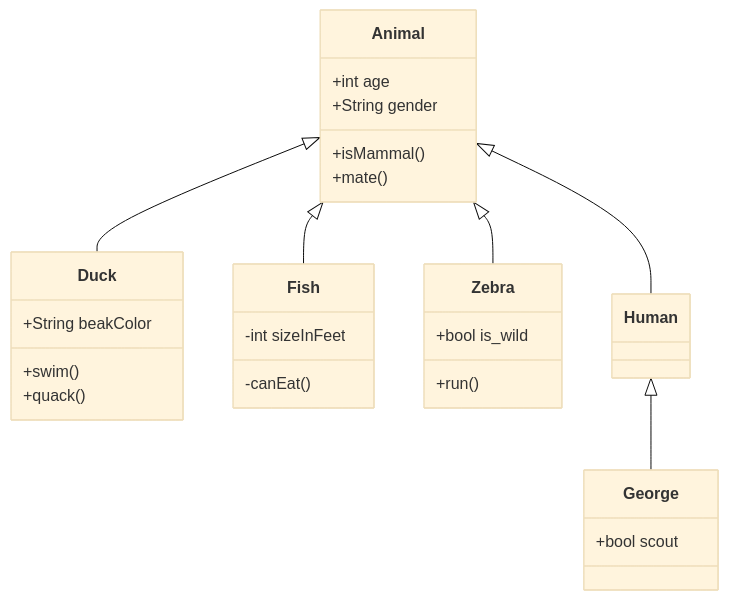
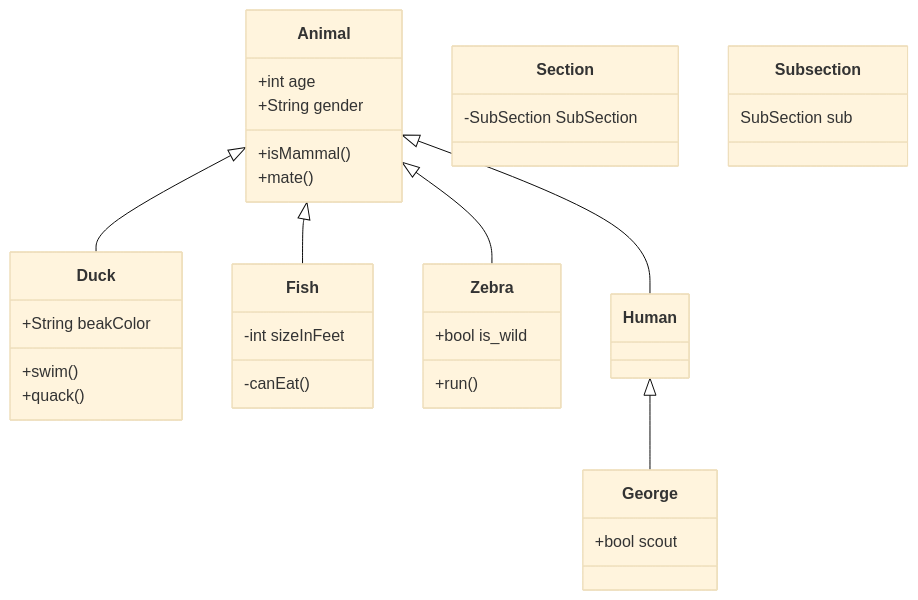
Before and after one commit to itsjihunpark/Microsoft-Word-Outliner-Clone: the diagram in docs/UMLTemplate.md, drawn with Mermaid (base theme).

````diff
--- a/docs/UMLTemplate.md
+++ b/docs/UMLTemplate.md
@@ -24,31 +24,39 @@
 ```mermaid
 classDiagram
     Animal <|-- Duck 
     Animal <|-- Fish
     Animal <|-- Zebra
     Animal <|-- Human
     Human <|-- George
     Animal : +int age
     Animal : +String gender
     Animal: +isMammal()
     Animal: +mate()
     class Duck{
       +String beakColor
       +swim()
       +quack()
     }
     class Fish{
       -int sizeInFeet
       -canEat()
     }
     class Zebra{
       +bool is_wild
       +run()
     }
     class Human{
     }
     class George{
       +bool scout
     
     }
+
+    class Section{
+      -SubSection SubSection
+    }
+
+    class Subsection{
+      SubSection sub
+    }
 ```
````
